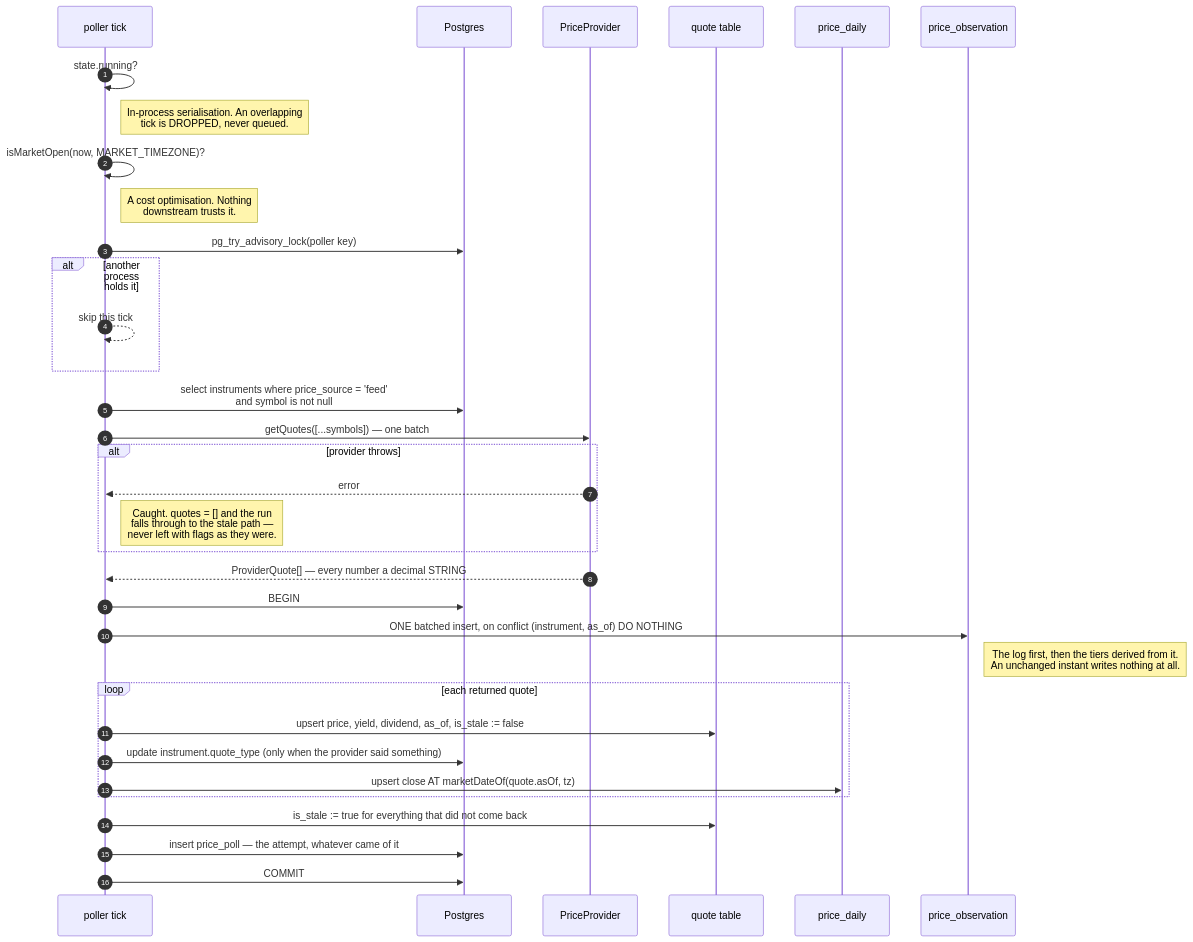
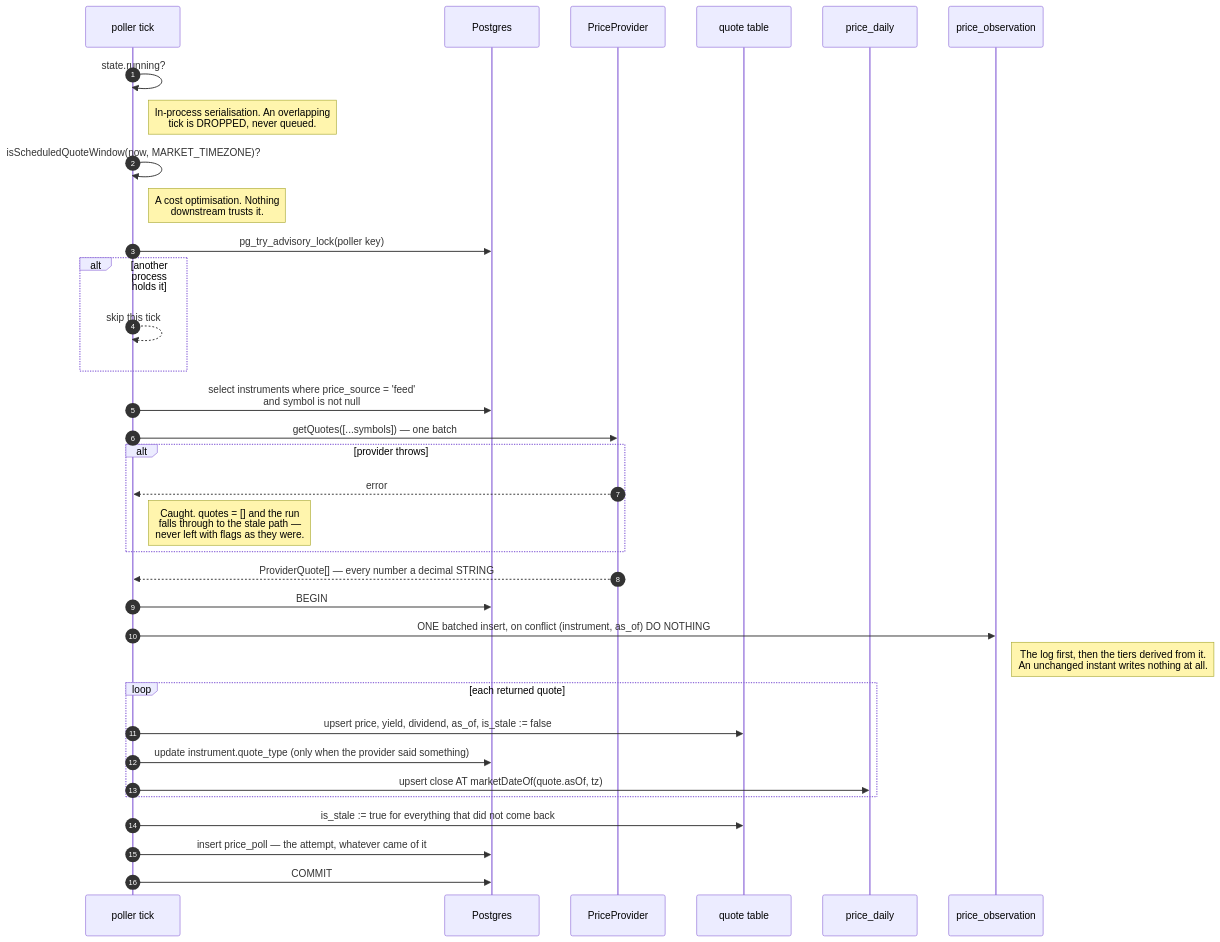
One commit to chethan123/portfolio changed the tenth of 11 diagrams in ARCHITECTURE.md. Above: the diagram before and after it, drawn with Mermaid. The commit also changed other lines of this file and 14 other files, not shown here.

First line of the commit message:
Pad scheduled quote window ±15 minutes; use in poller, update docs/UI and tests (#277)

````diff
--- a/ARCHITECTURE.md
+++ b/ARCHITECTURE.md
@@ -1163,37 +1163,37 @@
 ```mermaid
 sequenceDiagram
     autonumber
     participant T as poller tick
     participant PG as Postgres
     participant P as PriceProvider
     participant Q as quote table
     participant D as price_daily
     participant O as price_observation
 
     T->>T: state.running?
     Note right of T: In-process serialisation. An overlapping<br/>tick is DROPPED, never queued.
-    T->>T: isMarketOpen(now, MARKET_TIMEZONE)?
+    T->>T: isScheduledQuoteWindow(now, MARKET_TIMEZONE)?
     Note right of T: A cost optimisation. Nothing<br/>downstream trusts it.
     T->>PG: pg_try_advisory_lock(poller key)
     alt another process holds it
         T-->>T: skip this tick
     end
     T->>PG: select instruments where price_source = 'feed'<br/>and symbol is not null
     T->>P: getQuotes([...symbols]) — one batch
     alt provider throws
         P-->>T: error
         Note right of T: Caught. quotes = [] and the run<br/>falls through to the stale path —<br/>never left with flags as they were.
     end
     P-->>T: ProviderQuote[] — every number a decimal STRING
     T->>PG: BEGIN
     T->>O: ONE batched insert, on conflict (instrument, as_of) DO NOTHING
     Note right of O: The log first, then the tiers derived from it.<br/>An unchanged instant writes nothing at all.
     loop each returned quote
         T->>Q: upsert price, yield, dividend, as_of, is_stale := false
         T->>PG: update instrument.quote_type (only when the provider said something)
         T->>D: upsert close AT marketDateOf(quote.asOf, tz)
     end
     T->>Q: is_stale := true for everything that did not come back
     T->>PG: insert price_poll — the attempt, whatever came of it
     T->>PG: COMMIT
 ```
````
